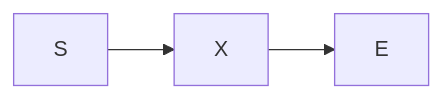
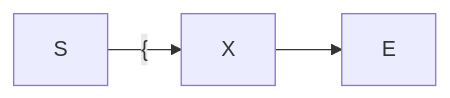
The first of 2 diagrams in Blog/GLR-Refactoring/README.md (vczh-websites/vczh), drawn with Mermaid before and after one commit.

````diff
--- a/Blog/GLR-Refactoring/README.md
+++ b/Blog/GLR-Refactoring/README.md
@@ -45,5 +45,5 @@
 ```mermaid
 graph LR;
-  S-->X;
+  S-->|"{"|X;
   X-->E;
 ```
````
